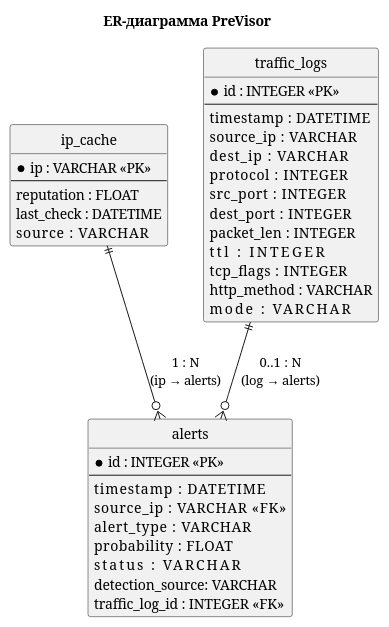
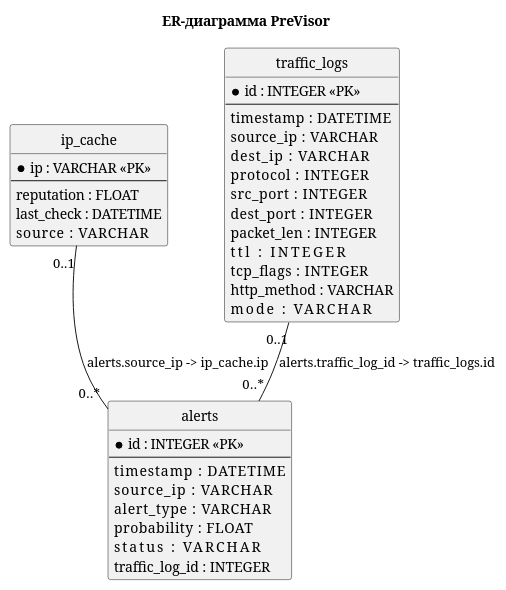
The diagram in static/previsor_er_diagram.puml (k00000tek/previsor), drawn with PlantUML before and after one commit. The commit also changed 10 other files, not shown here.

```diff
--- a/static/previsor_er_diagram.puml
+++ b/static/previsor_er_diagram.puml
@@ -1,61 +1,61 @@
 @startuml
 title ER-диаграмма PreVisor
 
 ' Стиль
 hide circle
 hide methods
 hide stereotypes
 
 skinparam entity {
   BackgroundColor White
   BorderColor #555555
   FontColor #111111
 }
 
 ' === Сущности ===
 
 entity "ip_cache" as IPCache {
   * ip : VARCHAR <<PK>>
   --
   reputation : FLOAT
   last_check : DATETIME
   source     : VARCHAR
 }
 
 entity "alerts" as Alerts {
   * id : INTEGER <<PK>>
   --
   timestamp       : DATETIME
-  source_ip       : VARCHAR <<FK>>
+  source_ip       : VARCHAR
   alert_type      : VARCHAR
   probability     : FLOAT
   status          : VARCHAR
-  detection_source: VARCHAR
-  traffic_log_id  : INTEGER <<FK>>
+  traffic_log_id  : INTEGER
 }
 
 entity "traffic_logs" as TrafficLogs {
   * id : INTEGER <<PK>>
   --
   timestamp    : DATETIME
   source_ip    : VARCHAR
   dest_ip      : VARCHAR
   protocol     : INTEGER
   src_port     : INTEGER
   dest_port    : INTEGER
   packet_len   : INTEGER
   ttl          : INTEGER
   tcp_flags    : INTEGER
   http_method  : VARCHAR
   mode         : VARCHAR
 }
 
 ' === Связи ===
-IPCache ||--o{ Alerts : "1 : N\n(ip → alerts)"
-TrafficLogs ||--o{ Alerts : "0..1 : N\n(log → alerts)"
+IPCache "0..1" -- "0..*" Alerts : "alerts.source_ip -> ip_cache.ip"
+TrafficLogs "0..1" -- "0..*" Alerts : "alerts.traffic_log_id -> traffic_logs.id"
 
 ' Пояснение:
-' - ip_cache.ip      ↔ alerts.source_ip
-' - traffic_logs.id  ↔ alerts.traffic_log_id
+' - Связи логические (в ORM/SQLite внешние ключи не заданы).
+' - ip_cache.ip      <-> alerts.source_ip
+' - traffic_logs.id  <-> alerts.traffic_log_id
 
 @enduml
```
